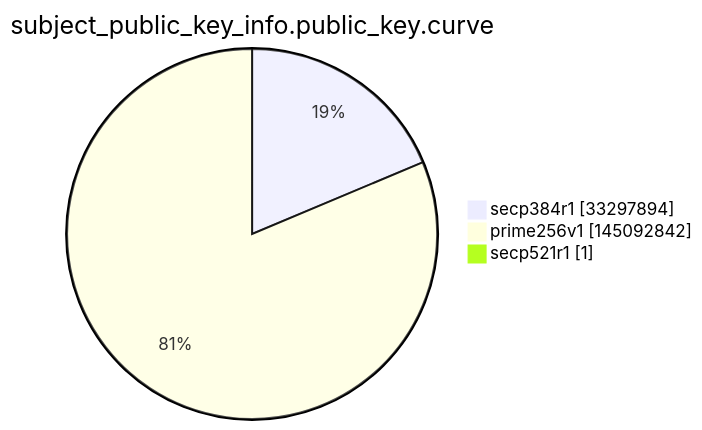
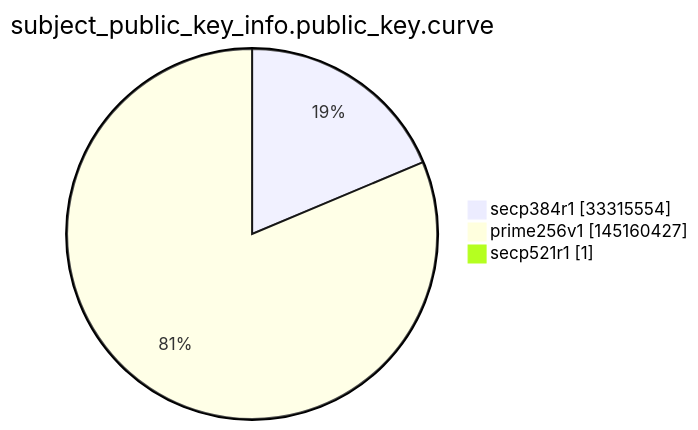
One commit to christiankrug/ctmonitor_visualization changed the ninth of 15 diagrams in argon2022/README.md. Above: the diagram before and after it, drawn with Mermaid. The commit also changed other lines of this file, not shown here.

````diff
--- a/argon2022/README.md
+++ b/argon2022/README.md
@@ -2764,7 +2764,7 @@
 ```mermaid
 pie showData
 title subject_public_key_info.public_key.curve
-"secp384r1" :33297894
-"prime256v1" :145092842
+"secp384r1" :33315554
+"prime256v1" :145160427
 "secp521r1" :1
 ```
````
